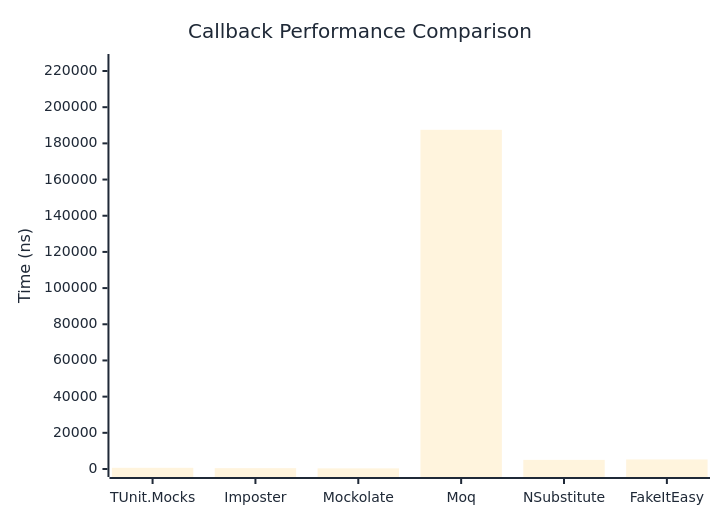
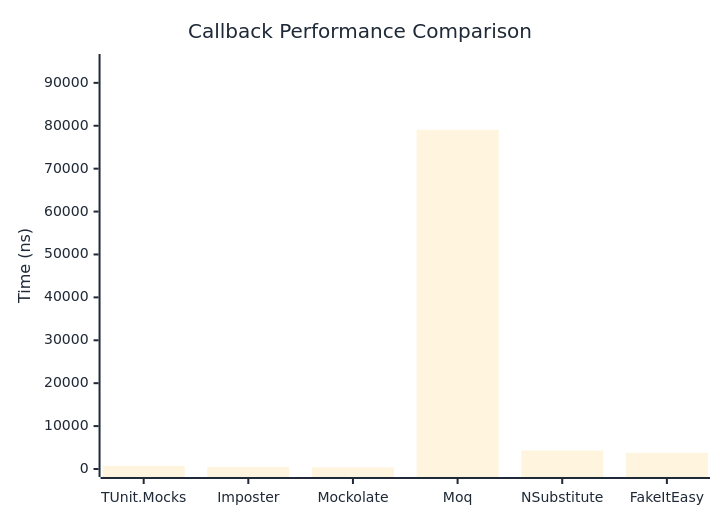
One commit to thomhurst/TUnit changed the first of 2 diagrams in docs/docs/benchmarks/mocks/Callback.md. Above: the diagram before and after it, drawn with Mermaid. The commit also changed other lines of this file and 14 other files, not shown here.

````diff
--- a/docs/docs/benchmarks/mocks/Callback.md
+++ b/docs/docs/benchmarks/mocks/Callback.md
@@ -30,27 +30,27 @@
 ```mermaid
 %%{init: {
   'theme':'base',
   'themeVariables': {
     'primaryColor': '#2563eb',
     'primaryTextColor': '#1f2937',
     'primaryBorderColor': '#1e40af',
     'lineColor': '#6b7280',
     'secondaryColor': '#7c3aed',
     'tertiaryColor': '#dc2626',
     'background': '#ffffff',
     'pie1': '#2563eb',
     'pie2': '#7c3aed',
     'pie3': '#dc2626',
     'pie4': '#f59e0b',
     'pie5': '#10b981',
     'pie6': '#06b6d4',
     'pie7': '#ec4899',
     'pie8': '#6366f1'
   }
 }}%%
 xychart-beta
   title "Callback Performance Comparison"
   x-axis ["TUnit.Mocks", "Imposter", "Mockolate", "Moq", "NSubstitute", "FakeItEasy"]
-  y-axis "Time (ns)" 0 --> 224979
-  bar [653.5, 471, 353.5, 187482.4, 5051.5, 5288.6]
+  y-axis "Time (ns)" 0 --> 94860
+  bar [713.3, 451.7, 374.7, 79049.6, 4301.2, 3776.8]
 ```
````
